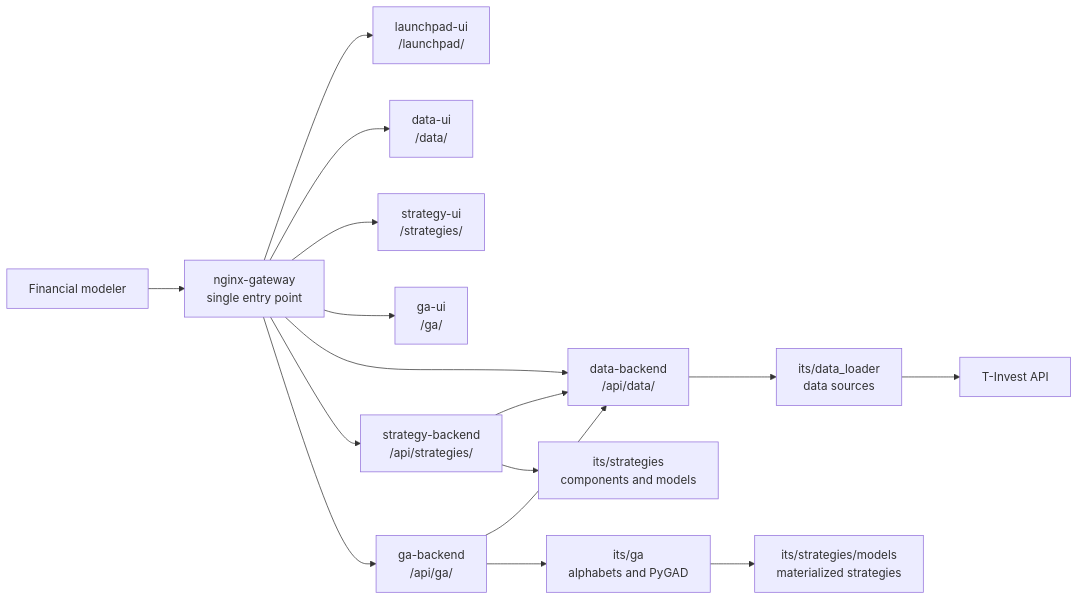
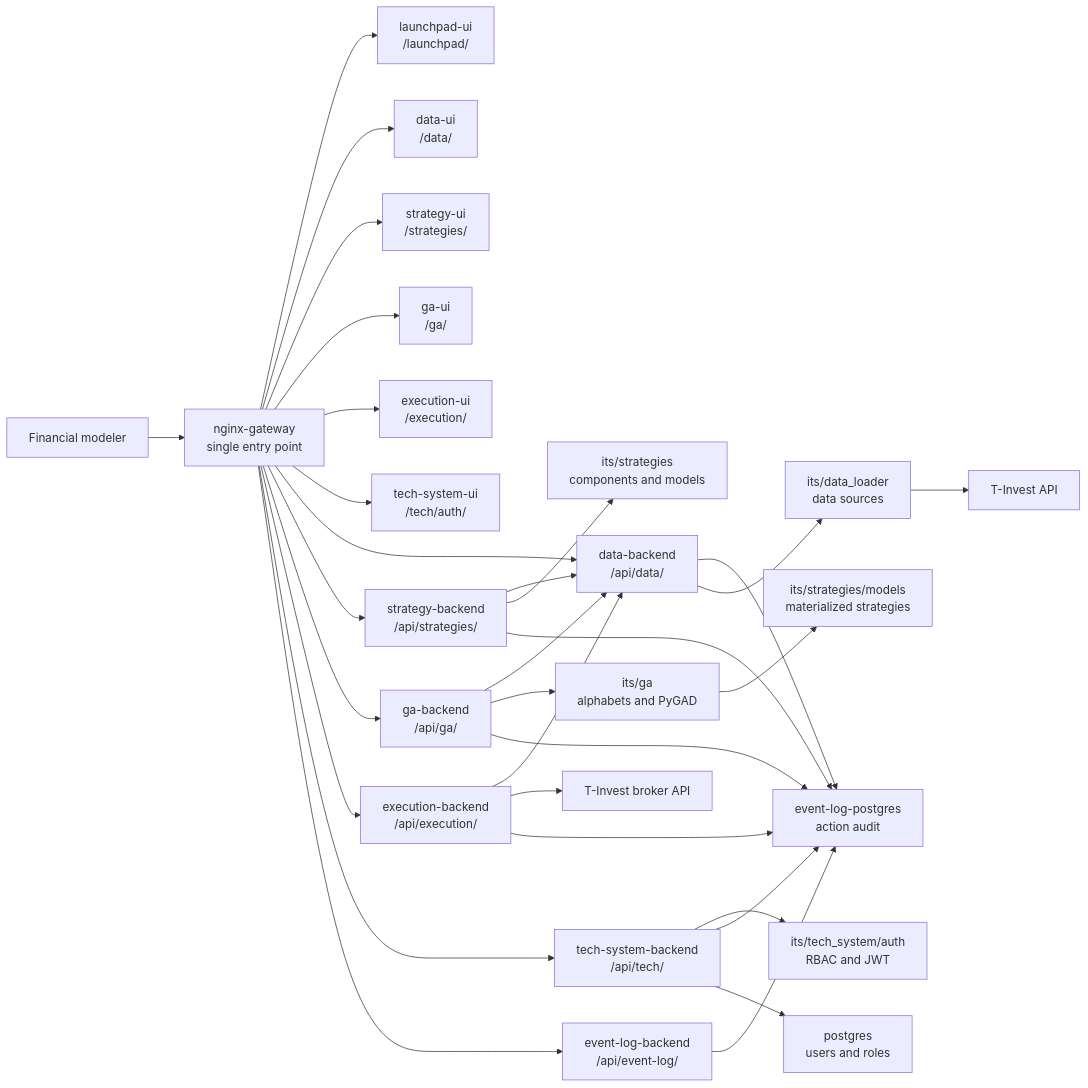
One commit to beilak/IntelligentTradingStrategies changed the diagram in docs/en/03-system-architecture.md. Above: the diagram before and after it, drawn with Mermaid. The commit also changed other lines of this file and 23 other files, not shown here.

````diff
--- a/docs/en/03-system-architecture.md
+++ b/docs/en/03-system-architecture.md
@@ -9,21 +9,36 @@
 ```mermaid
 flowchart LR
     User["Financial modeler"] --> Gateway["nginx-gateway<br/>single entry point"]
 
     Gateway --> Launchpad["launchpad-ui<br/>/launchpad/"]
     Gateway --> DataUI["data-ui<br/>/data/"]
     Gateway --> StrategyUI["strategy-ui<br/>/strategies/"]
     Gateway --> GAUI["ga-ui<br/>/ga/"]
+    Gateway --> ExecutionUI["execution-ui<br/>/execution/"]
+    Gateway --> TechUI["tech-system-ui<br/>/tech/auth/"]
 
     Gateway --> DataAPI["data-backend<br/>/api/data/"]
     Gateway --> StrategyAPI["strategy-backend<br/>/api/strategies/"]
     Gateway --> GAAPI["ga-backend<br/>/api/ga/"]
+    Gateway --> ExecutionAPI["execution-backend<br/>/api/execution/"]
+    Gateway --> TechAPI["tech-system-backend<br/>/api/tech/"]
+    Gateway --> EventLogAPI["event-log-backend<br/>/api/event-log/"]
 
     StrategyAPI --> DataAPI
     GAAPI --> DataAPI
+    ExecutionAPI --> DataAPI
+    ExecutionAPI --> Broker["T-Invest broker API"]
     StrategyAPI --> Core["its/strategies<br/>components and models"]
     GAAPI --> GA["its/ga<br/>alphabets and PyGAD"]
     GA --> Models["its/strategies/models<br/>materialized strategies"]
+    TechAPI --> Auth["its/tech_system/auth<br/>RBAC and JWT"]
+    DataAPI --> EventDB
+    StrategyAPI --> EventDB
+    GAAPI --> EventDB
+    ExecutionAPI --> EventDB
+    TechAPI --> EventDB
     DataAPI --> Loader["its/data_loader<br/>data sources"]
     Loader --> TInvest["T-Invest API"]
+    TechAPI --> AppDB["postgres<br/>users and roles"]
+    EventLogAPI --> EventDB["event-log-postgres<br/>action audit"]
 ```
````
